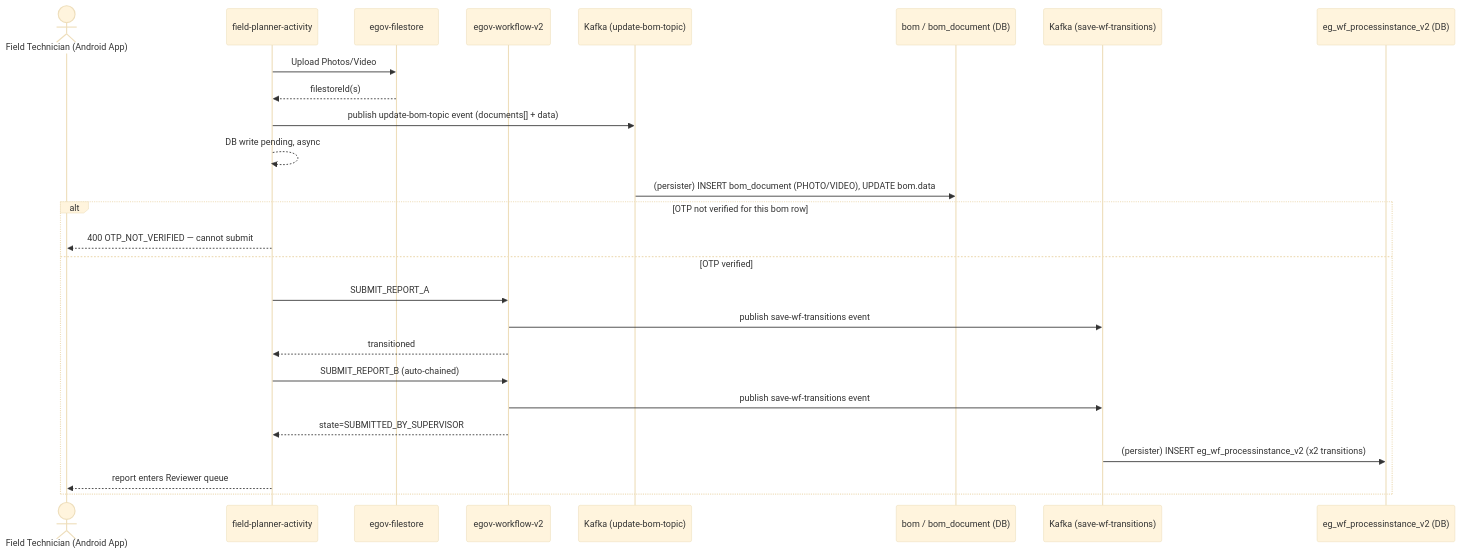
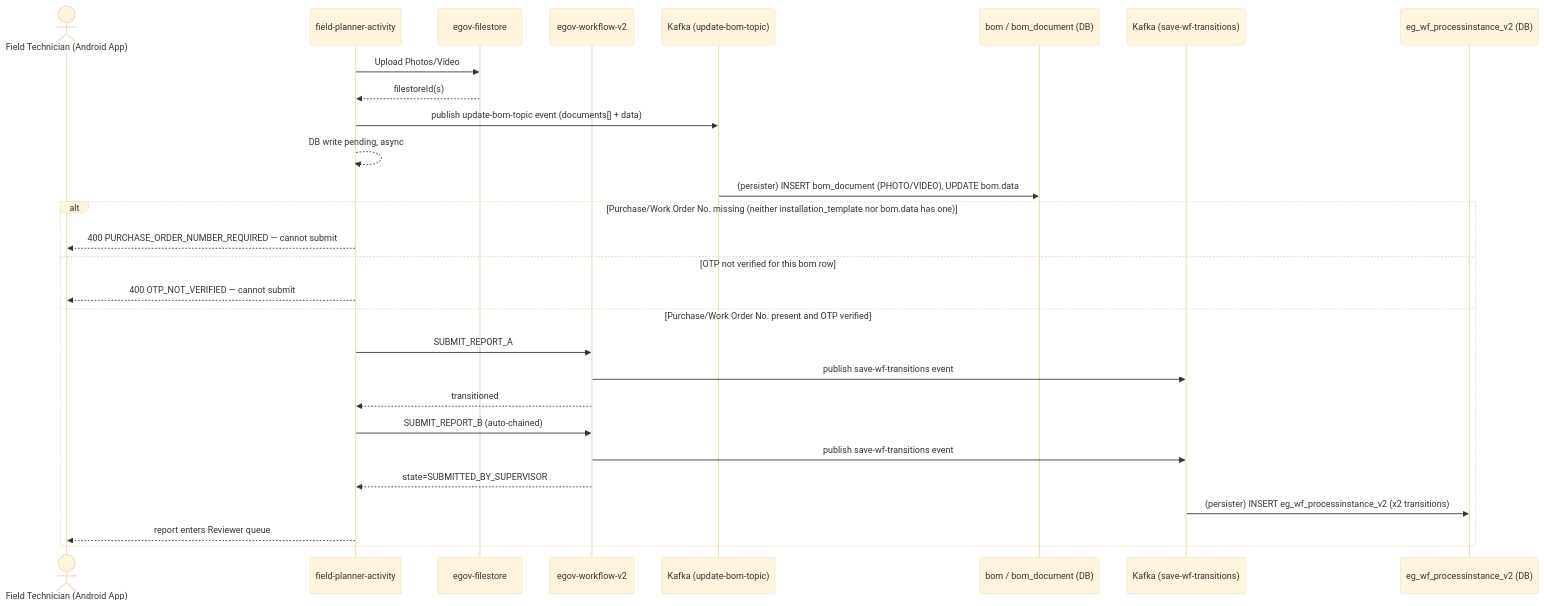
Diagram 22 of 33 in Z_docs/Livelihood_installation/Livelihood_Installation_Flow_Diagrams.md (Selco-Foundation/Selco-Livelihood), drawn with Mermaid (base theme) before and after one commit. The commit also changed other lines of this file and 3 other files, not shown here.

````diff
--- a/Z_docs/Livelihood_installation/Livelihood_Installation_Flow_Diagrams.md
+++ b/Z_docs/Livelihood_installation/Livelihood_Installation_Flow_Diagrams.md
@@ -1140,29 +1151,31 @@
 ```mermaid
 sequenceDiagram
     actor FT as Field Technician (Android App)
     participant FPA as field-planner-activity
     participant FS as egov-filestore
     participant WF as egov-workflow-v2
     participant KAFKA1 as Kafka (update-bom-topic)
     participant DB1 as bom / bom_document (DB)
     participant KAFKA2 as Kafka (save-wf-transitions)
     participant DB2 as eg_wf_processinstance_v2 (DB)
 
     FPA->>FS: Upload Photos/Video
     FS-->>FPA: filestoreId(s)
     FPA->>KAFKA1: publish update-bom-topic event (documents[] + data)
     FPA-->>FPA: DB write pending, async
     KAFKA1->>DB1: (persister) INSERT bom_document (PHOTO/VIDEO), UPDATE bom.data
-    alt OTP not verified for this bom row
+    alt Purchase/Work Order No. missing (neither installation_template nor bom.data has one)
+        FPA-->>FT: 400 PURCHASE_ORDER_NUMBER_REQUIRED — cannot submit
+    else OTP not verified for this bom row
         FPA-->>FT: 400 OTP_NOT_VERIFIED — cannot submit
-    else OTP verified
+    else Purchase/Work Order No. present and OTP verified
         FPA->>WF: SUBMIT_REPORT_A
         WF->>KAFKA2: publish save-wf-transitions event
         WF-->>FPA: transitioned
         FPA->>WF: SUBMIT_REPORT_B (auto-chained)
         WF->>KAFKA2: publish save-wf-transitions event
         WF-->>FPA: state=SUBMITTED_BY_SUPERVISOR
         KAFKA2->>DB2: (persister) INSERT eg_wf_processinstance_v2 (x2 transitions)
         FPA-->>FT: report enters Reviewer queue
     end
 ```
````
